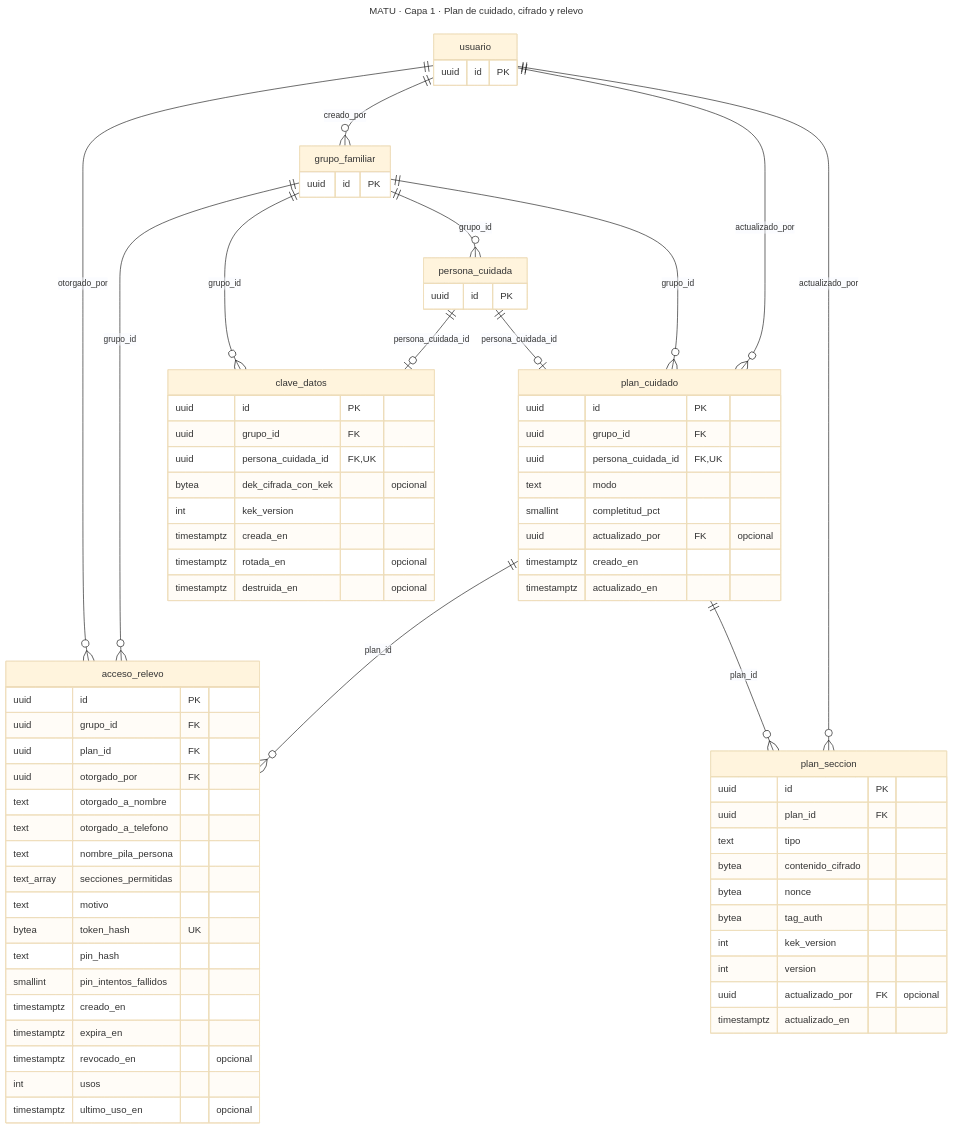
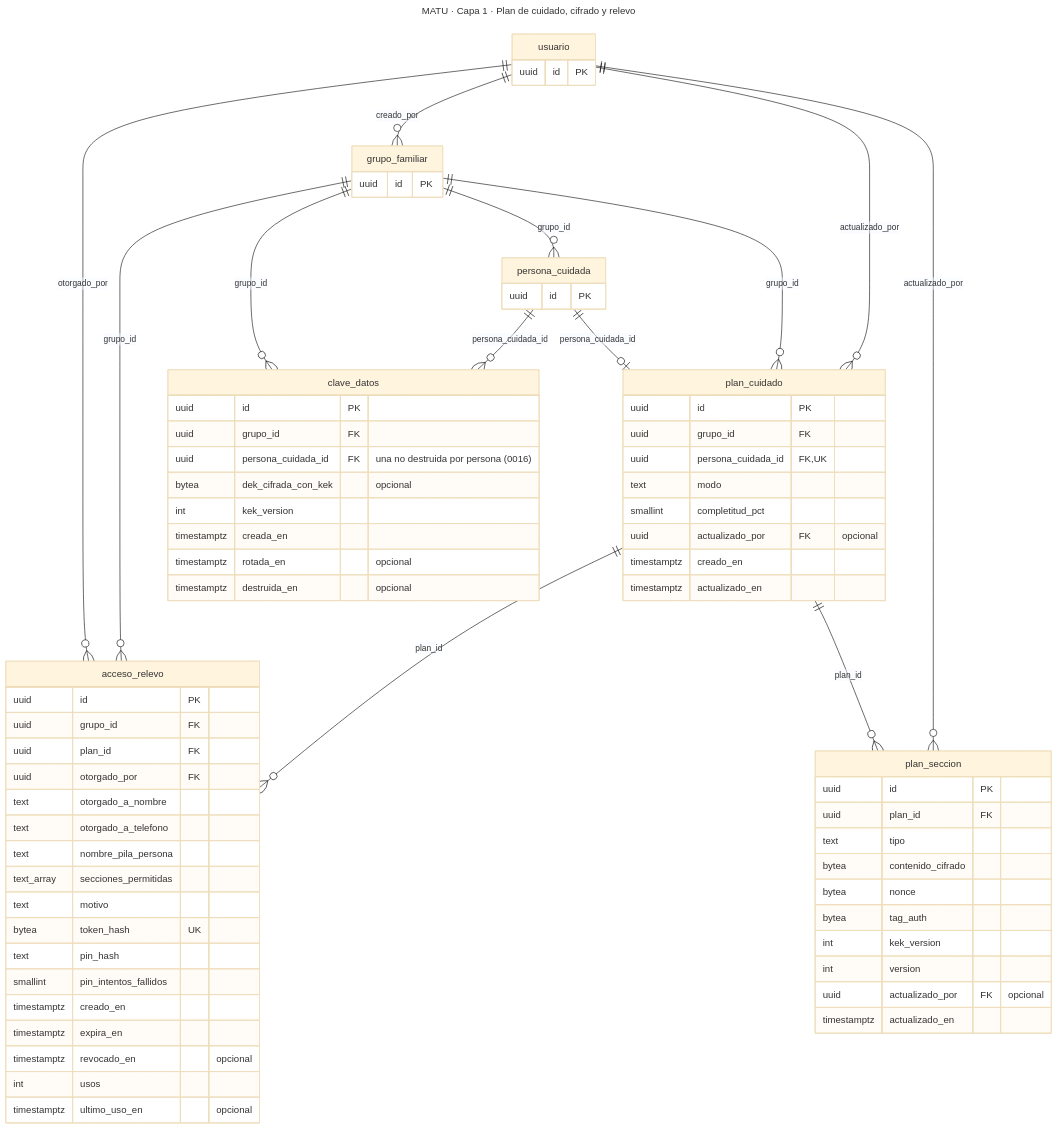
One commit to MartinHenriquez131/MATU changed the diagram in docs/diagramas/modelo-datos/03-er-capa1-plan-de-cuidado.mmd. Above: the diagram before and after it, drawn with Mermaid (base theme). The commit also changed 5 other files, not shown here.

```diff
--- a/docs/diagramas/modelo-datos/03-er-capa1-plan-de-cuidado.mmd
+++ b/docs/diagramas/modelo-datos/03-er-capa1-plan-de-cuidado.mmd
@@ -1,76 +1,76 @@
 ---
 title: MATU · Capa 1 · Plan de cuidado, cifrado y relevo
 ---
 erDiagram
     grupo_familiar ||--o{ acceso_relevo : "grupo_id"
     usuario ||--o{ acceso_relevo : "otorgado_por"
     plan_cuidado ||--o{ acceso_relevo : "plan_id"
     grupo_familiar ||--o{ clave_datos : "grupo_id"
-    persona_cuidada ||--o| clave_datos : "persona_cuidada_id"
+    persona_cuidada ||--o{ clave_datos : "persona_cuidada_id"
     usuario ||--o{ grupo_familiar : "creado_por"
     grupo_familiar ||--o{ persona_cuidada : "grupo_id"
     usuario ||--o{ plan_cuidado : "actualizado_por"
     grupo_familiar ||--o{ plan_cuidado : "grupo_id"
     persona_cuidada ||--o| plan_cuidado : "persona_cuidada_id"
     usuario ||--o{ plan_seccion : "actualizado_por"
     plan_cuidado ||--o{ plan_seccion : "plan_id"
     clave_datos {
         uuid id PK
         uuid grupo_id FK
-        uuid persona_cuidada_id FK, UK
+        uuid persona_cuidada_id FK "una no destruida por persona (0016)"
         bytea dek_cifrada_con_kek "opcional"
         int kek_version
         timestamptz creada_en
         timestamptz rotada_en "opcional"
         timestamptz destruida_en "opcional"
     }
     plan_cuidado {
         uuid id PK
         uuid grupo_id FK
         uuid persona_cuidada_id FK, UK
         text modo
         smallint completitud_pct
         uuid actualizado_por FK "opcional"
         timestamptz creado_en
         timestamptz actualizado_en
     }
     plan_seccion {
         uuid id PK
         uuid plan_id FK
         text tipo
         bytea contenido_cifrado
         bytea nonce
         bytea tag_auth
         int kek_version
         int version
         uuid actualizado_por FK "opcional"
         timestamptz actualizado_en
     }
     acceso_relevo {
         uuid id PK
         uuid grupo_id FK
         uuid plan_id FK
         uuid otorgado_por FK
         text otorgado_a_nombre
         text otorgado_a_telefono
         text nombre_pila_persona
         text_array secciones_permitidas
         text motivo
         bytea token_hash UK
         text pin_hash
         smallint pin_intentos_fallidos
         timestamptz creado_en
         timestamptz expira_en
         timestamptz revocado_en "opcional"
         int usos
         timestamptz ultimo_uso_en "opcional"
     }
     persona_cuidada {
         uuid id PK
     }
     grupo_familiar {
         uuid id PK
     }
     usuario {
         uuid id PK
     }
```
